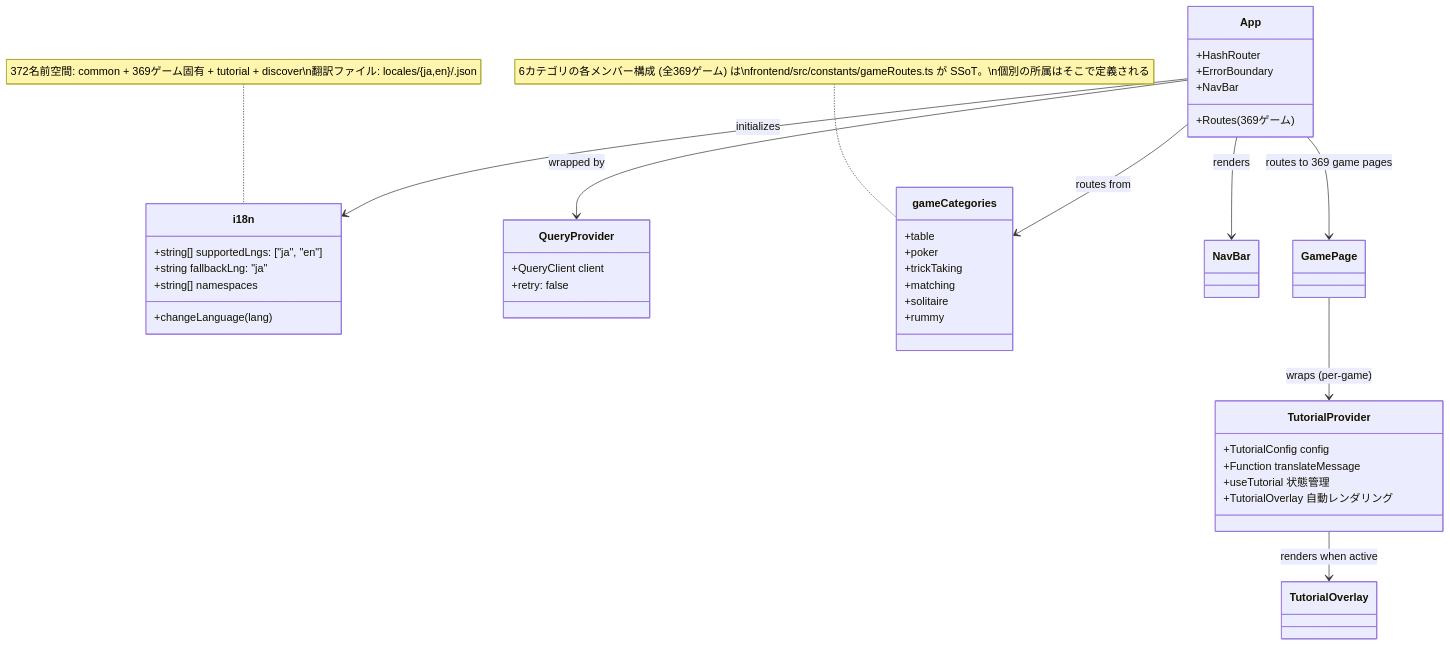
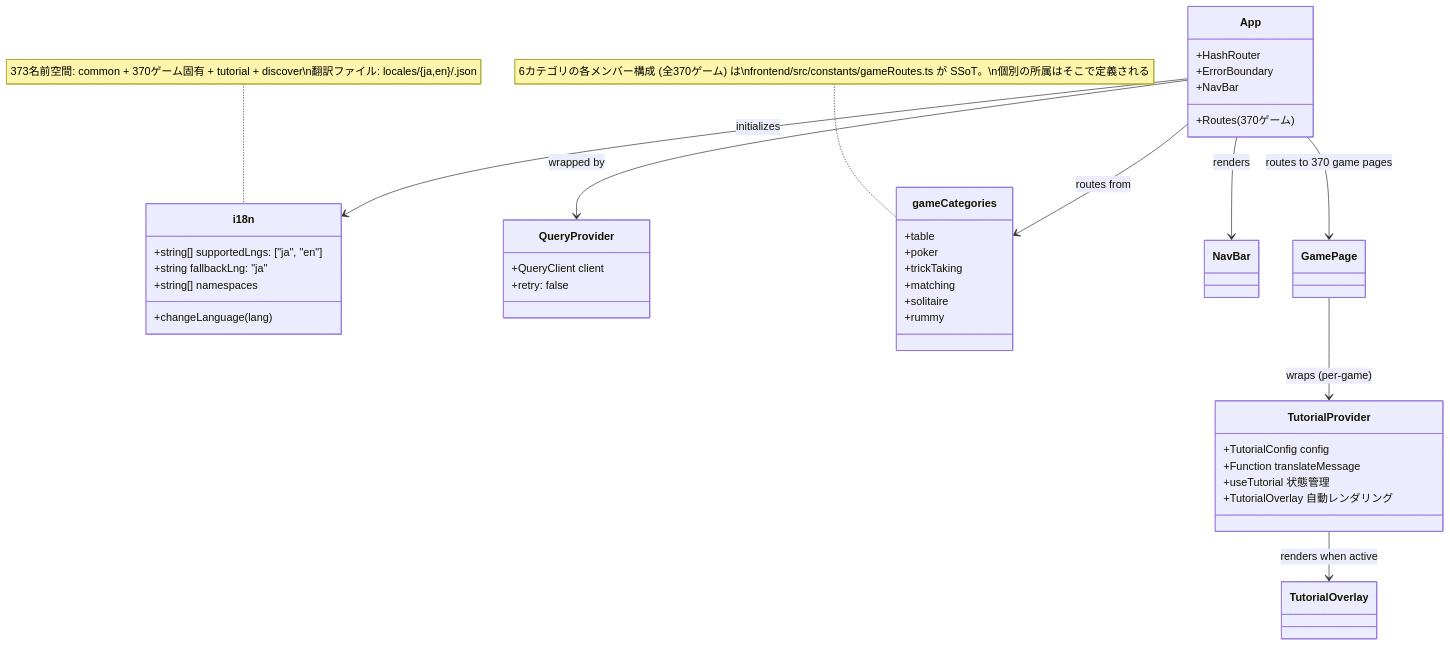
Before and after one commit to yuta-yoshinaga/go_trumpcards: the ninth of 49 diagrams in docs/design/frontend.md, drawn with Mermaid. The commit also changed other lines of this file and 67 other files, not shown here.

````diff
--- a/docs/design/frontend.md
+++ b/docs/design/frontend.md
@@ -1874,48 +1874,48 @@
 ```mermaid
 classDiagram
     class i18n {
         +string[] supportedLngs: ["ja", "en"]
         +string fallbackLng: "ja"
         +string[] namespaces
         +changeLanguage(lang)
     }
 
     class QueryProvider {
         +QueryClient client
         +retry: false
     }
 
     class App {
         +HashRouter
         +ErrorBoundary
         +NavBar
-        +Routes (369ゲーム)
+        +Routes (370ゲーム)
     }
 
     class gameCategories {
         +table
         +poker
         +trickTaking
         +matching
         +solitaire
         +rummy
     }
-    note for gameCategories "6カテゴリの各メンバー構成 (全369ゲーム) は\nfrontend/src/constants/gameRoutes.ts が SSoT。\n個別の所属はそこで定義される"
+    note for gameCategories "6カテゴリの各メンバー構成 (全370ゲーム) は\nfrontend/src/constants/gameRoutes.ts が SSoT。\n個別の所属はそこで定義される"
 
     class TutorialProvider {
         +TutorialConfig config
         +Function translateMessage
         +useTutorial 状態管理
         +TutorialOverlay 自動レンダリング
     }
 
     App --> QueryProvider : wrapped by
     App --> i18n : initializes
     App --> gameCategories : routes from
     App --> NavBar : renders
-    App --> GamePage : routes to 369 game pages
+    App --> GamePage : routes to 370 game pages
     GamePage --> TutorialProvider : wraps (per-game)
     TutorialProvider --> TutorialOverlay : renders when active
 
-    note for i18n "372名前空間: common + 369ゲーム固有 + tutorial + discover\n翻訳ファイル: locales/{ja,en}/<game>.json"
+    note for i18n "373名前空間: common + 370ゲーム固有 + tutorial + discover\n翻訳ファイル: locales/{ja,en}/<game>.json"
 ```
````
